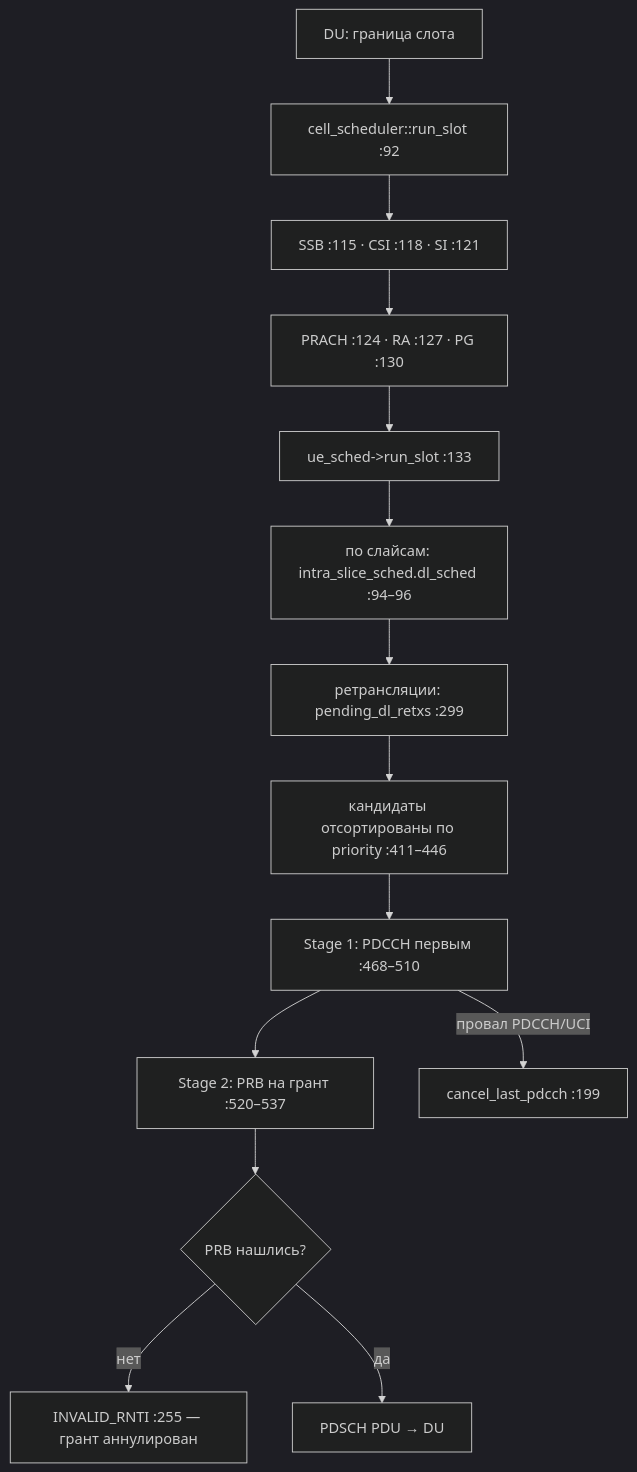
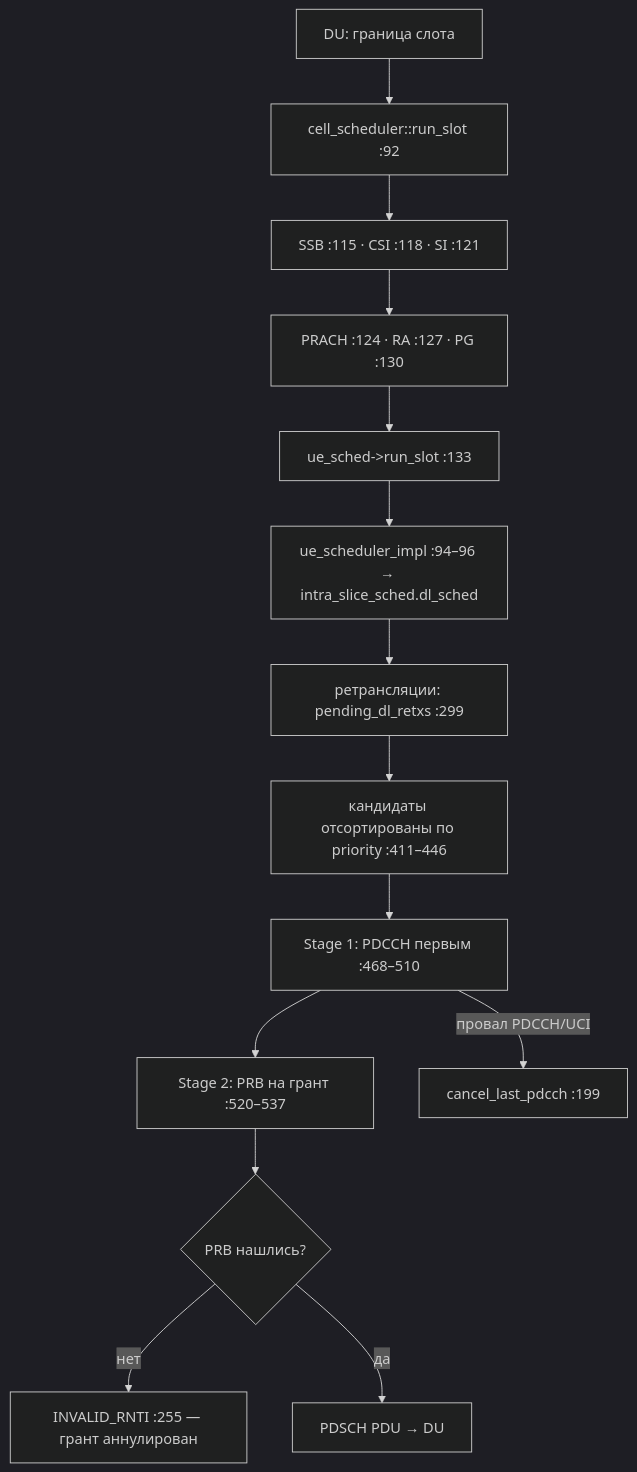
The second of 5 diagrams in weeks/docs/week_03_report.md (dokbrawn/REC-S5), drawn with Mermaid (dark theme) before and after one commit. The commit also changed other lines of this file and 5 other files, not shown here.

````diff
--- a/weeks/docs/week_03_report.md
+++ b/weeks/docs/week_03_report.md
@@ -150,16 +163,16 @@
 ```mermaid
 flowchart TD
     A["DU: граница слота"] --> B["cell_scheduler::run_slot :92"]
     B --> C["SSB :115 · CSI :118 · SI :121"]
     C --> D["PRACH :124 · RA :127 · PG :130"]
     D --> E["ue_sched->run_slot :133"]
-    E --> F["по слайсам: intra_slice_sched.dl_sched :94–96"]
+    E --> F["ue_scheduler_impl :94–96 → intra_slice_sched.dl_sched"]
     F --> G["ретрансляции: pending_dl_retxs :299"]
     G --> H["кандидаты отсортированы по priority :411–446"]
     H --> I["Stage 1: PDCCH первым :468–510"]
     I --> J["Stage 2: PRB на грант :520–537"]
     J --> K{"PRB нашлись?"}
     K -->|нет| L["INVALID_RNTI :255 — грант аннулирован"]
     K -->|да| M["PDSCH PDU → DU"]
     I -->|провал PDCCH/UCI| N["cancel_last_pdcch :199"]
 ```
````
